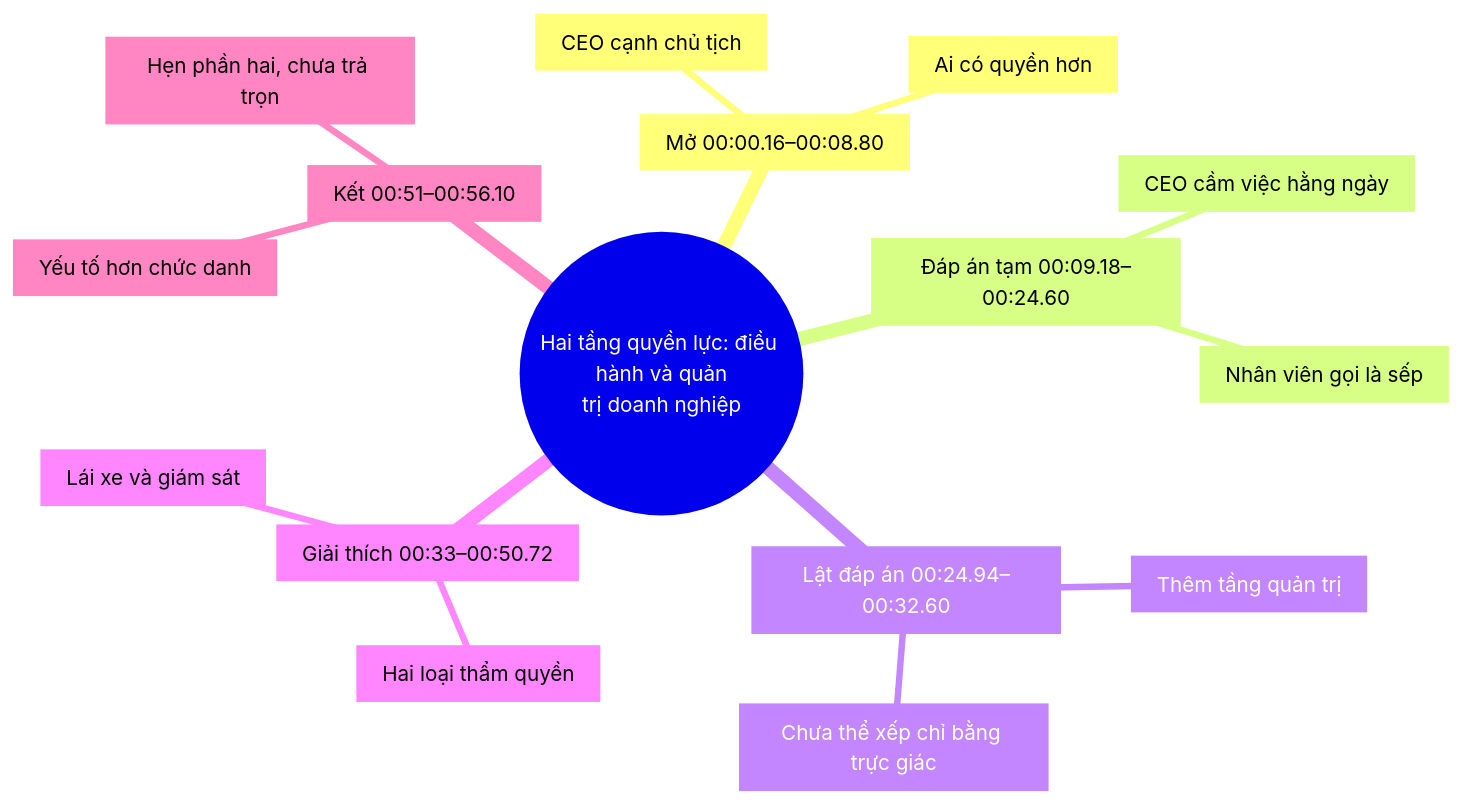
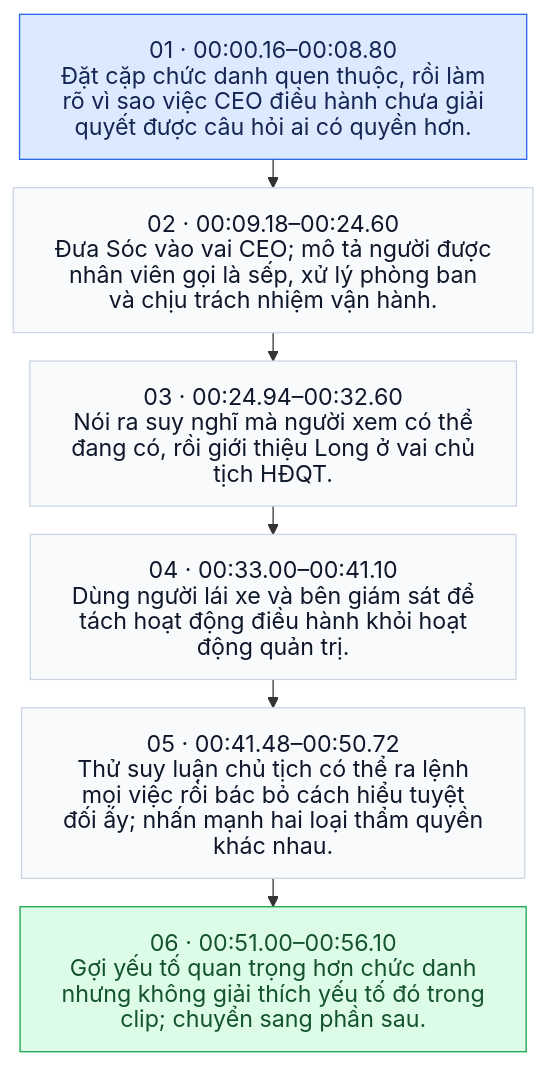
The diagram in skills/hook-script/references/corpus/cases/7697361245959114000.md (vilo0411/hook-script-kit), drawn with Mermaid before and after one commit. The commit also changed other lines of this file and 103 other files, not shown here.

Commit message:
Diversify Vietnamese clip sources and replace radial maps with story flows

````diff
--- a/skills/hook-script/references/corpus/cases/7697361245959114000.md
+++ b/skills/hook-script/references/corpus/cases/7697361245959114000.md
@@ -125,19 +17,21 @@
 ```mermaid
-mindmap
-  root((Hai tầng quyền lực: điều hành và quản<br/>trị doanh nghiệp))
-    b0["Mở 00:00.16–00:08.80"]
-      b0c0["CEO cạnh chủ tịch"]
-      b0c1["Ai có quyền hơn"]
-    b1["Đáp án tạm 00:09.18–00:24.60"]
-      b1c0["CEO cầm việc hằng ngày"]
-      b1c1["Nhân viên gọi là sếp"]
-    b2["Lật đáp án 00:24.94–00:32.60"]
-      b2c0["Thêm tầng quản trị"]
-      b2c1["Chưa thể xếp chỉ bằng trực giác"]
-    b3["Giải thích 00:33–00:50.72"]
-      b3c0["Lái xe và giám sát"]
-      b3c1["Hai loại thẩm quyền"]
-    b4["Kết 00:51–00:56.10"]
-      b4c0["Yếu tố hơn chức danh"]
-      b4c1["Hẹn phần hai, chưa trả trọn"]
+%%{init: {"htmlLabels": false, "themeVariables": {"fontSize": "18px"}, "flowchart": {"padding": 16, "rankSpacing": 22, "wrappingWidth": 360}}}%%
+flowchart TD
+  n0["01 · 00:00.16–00:08.80<br/>Đặt cặp chức danh quen thuộc, rồi làm<br/>rõ vì sao việc CEO điều hành chưa giải<br/>quyết được câu hỏi ai có quyền hơn."]
+  n1["02 · 00:09.18–00:24.60<br/>Đưa Sóc vào vai CEO; mô tả người được<br/>nhân viên gọi là sếp, xử lý phòng ban<br/>và chịu trách nhiệm vận hành."]
+  n0 --> n1
+  n2["03 · 00:24.94–00:32.60<br/>Nói ra suy nghĩ mà người xem có thể<br/>đang có, rồi giới thiệu Long ở vai chủ<br/>tịch HĐQT."]
+  n1 --> n2
+  n3["04 · 00:33.00–00:41.10<br/>Dùng người lái xe và bên giám sát để<br/>tách hoạt động điều hành khỏi hoạt<br/>động quản trị."]
+  n2 --> n3
+  n4["05 · 00:41.48–00:50.72<br/>Thử suy luận chủ tịch có thể ra lệnh<br/>mọi việc rồi bác bỏ cách hiểu tuyệt<br/>đối ấy; nhấn mạnh hai loại thẩm quyền<br/>khác nhau."]
+  n3 --> n4
+  n5["06 · 00:51.00–00:56.10<br/>Gợi yếu tố quan trọng hơn chức danh<br/>nhưng không giải thích yếu tố đó trong<br/>clip; chuyển sang phần sau."]
+  n4 --> n5
+  classDef phase fill:#F8FAFC,stroke:#CBD5E1,color:#0F172A,font-size:18px;
+  classDef opening fill:#DBEAFE,stroke:#2563EB,color:#172554,font-size:18px;
+  classDef ending fill:#DCFCE7,stroke:#16A34A,color:#14532D,font-size:18px;
+  class n0,n1,n2,n3,n4,n5 phase;
+  class n0 opening;
+  class n5 ending;
 ```
````
